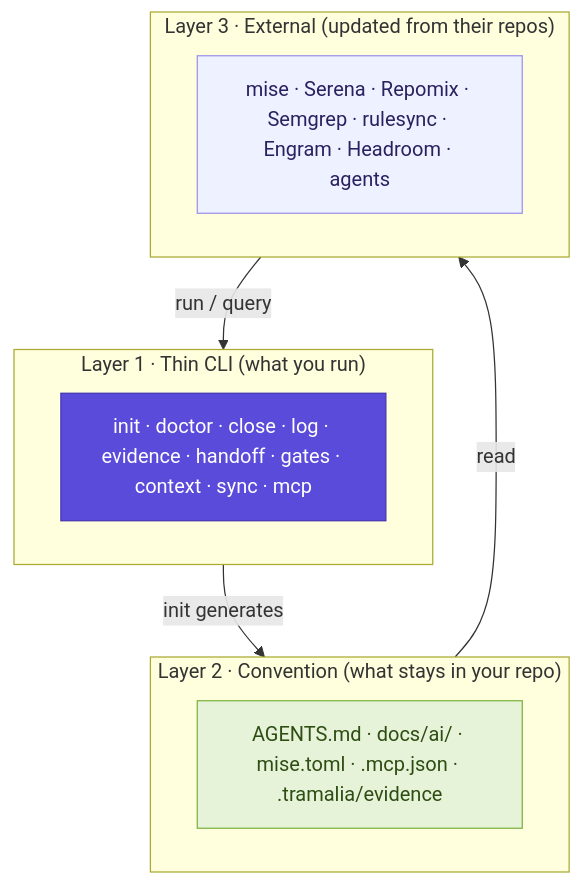
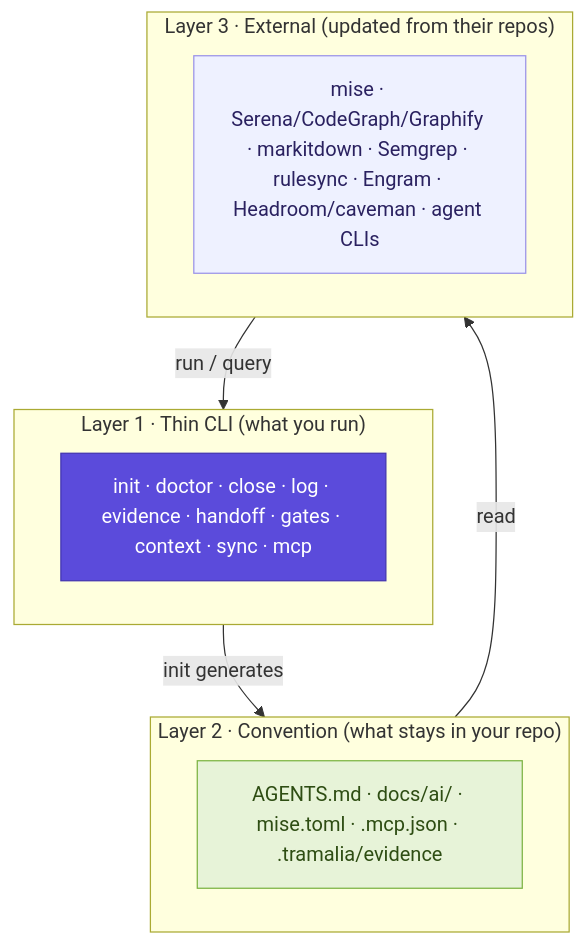
The first of 3 diagrams in docs/arquitectura.en.md (MscottB/tramalia), drawn with Mermaid before and after one commit. The commit also changed other lines of this file and 21 other files, not shown here.

First line of the commit message:
docs: revisión completa — reflejar CodeGraph/Graphify/markitdown/notebooklm-mcp, i18n, horizontes y guardia de init

````diff
--- a/docs/arquitectura.en.md
+++ b/docs/arquitectura.en.md
@@ -13,19 +13,19 @@
 ```mermaid
 flowchart TB
     classDef core fill:#5b4bdb,stroke:#4335b0,color:#ffffff;
     classDef conv fill:#e7f3d8,stroke:#7cb342,color:#2e4d13;
     classDef ext fill:#eef1ff,stroke:#9a92e8,color:#2a2160;
 
     subgraph C1["Layer 1 · Thin CLI (what you run)"]
         CLI["init · doctor · close · log · evidence · handoff · gates · context · sync · mcp"]:::core
     end
     subgraph C2["Layer 2 · Convention (what stays in your repo)"]
         CONV["AGENTS.md · docs/ai/ · mise.toml · .mcp.json · .tramalia/evidence"]:::conv
     end
     subgraph C3["Layer 3 · External (updated from their repos)"]
-        EXT["mise · Serena · Repomix · Semgrep · rulesync · Engram · Headroom · agents"]:::ext
+        EXT["mise · Serena/CodeGraph/Graphify · markitdown · Semgrep · rulesync · Engram · Headroom/caveman · agent CLIs"]:::ext
     end
     C1 -->|init generates| C2
     C2 -->|read| C3
     C3 -->|run / query| C1
 ```
````
